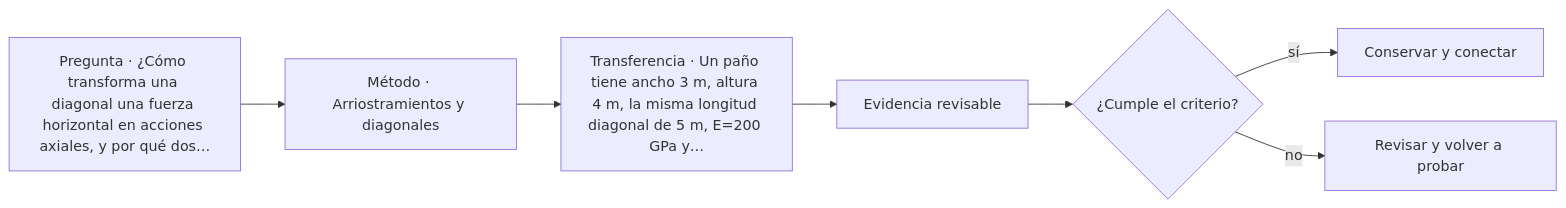
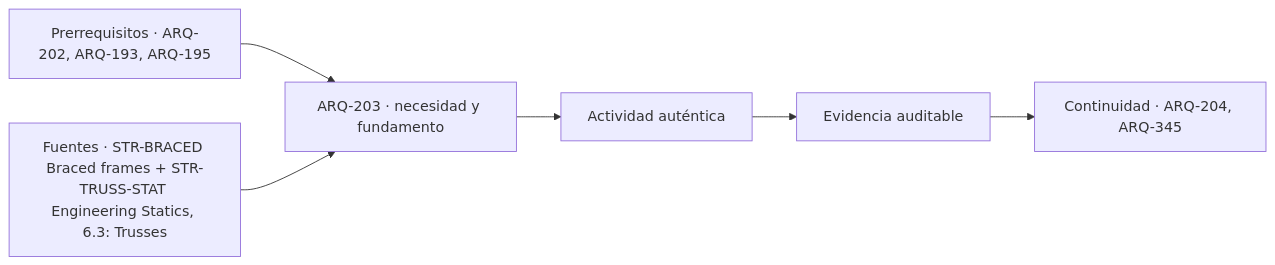
One commit to vladimiracunadev-create/architecture-built-environment-learning-program changed the diagram in classes/parte-21/ARQ-203.md. Above: the diagram before and after it, drawn with Mermaid. The commit also changed other lines of this file and 761 other files, not shown here.

````diff
--- a/classes/parte-21/ARQ-203.md
+++ b/classes/parte-21/ARQ-203.md
@@ -114,9 +126,8 @@
 ```mermaid
 flowchart LR
-    Q["Pregunta · ¿Cómo transforma una diagonal una fuerza horizontal en acciones axiales, y por qué dos…"] --> M["Método · Arriostramientos y diagonales"]
-    M --> P["Transferencia · Un paño tiene ancho 3 m, altura 4 m, la misma longitud diagonal de 5 m, E=200 GPa y…"]
-    P --> E["Evidencia revisable"]
-    E --> C{"¿Cumple el criterio?"}
-    C -->|sí| T["Conservar y conectar"]
-    C -->|no| R["Revisar y volver a probar"]
+    A["Prerrequisitos · ARQ-202, ARQ-193, ARQ-195"] --> B["ARQ-203 · necesidad y fundamento"]
+    S["Fuentes · STR-BRACED Braced frames + STR-TRUSS-STAT Engineering Statics, 6.3: Trusses"] --> B
+    B --> C["Actividad auténtica"]
+    C --> D["Evidencia auditable"]
+    D --> E["Continuidad · ARQ-204, ARQ-345"]
 ```
````
